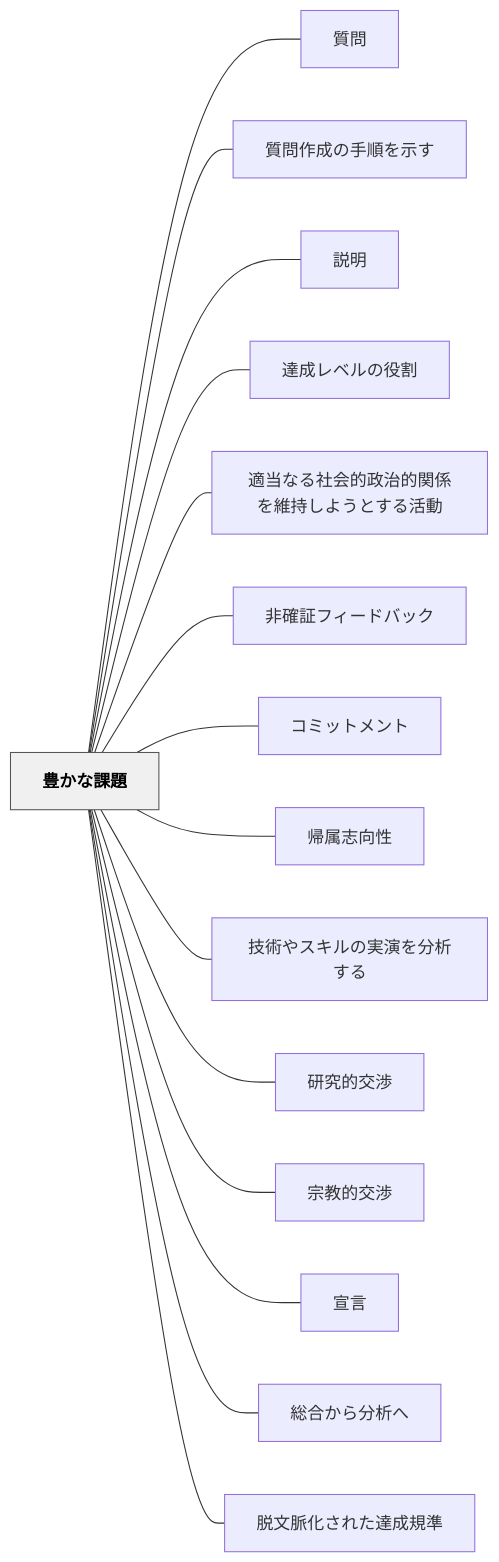
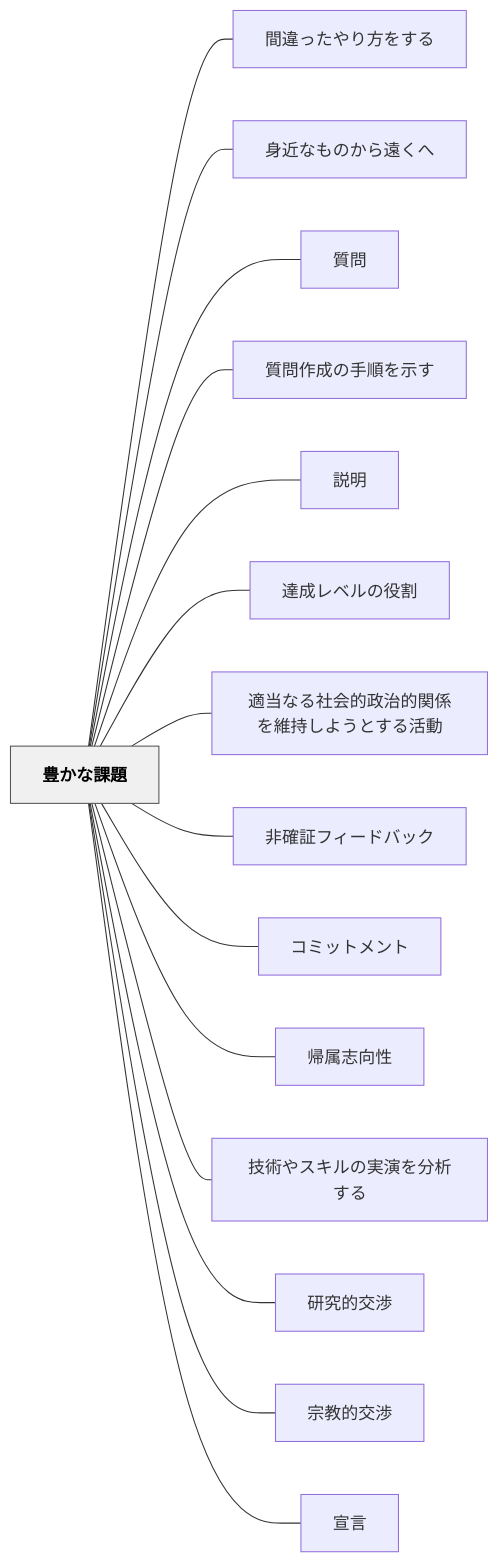
Before and after one commit to unknownthings-ed-patterns/unknownthings-ed-patterns: the diagram in content/パタン/豊かな課題.md, drawn with Mermaid. The commit also changed other lines of this file and 20 other files, not shown here.

````diff
--- a/content/パタン/豊かな課題.md
+++ b/content/パタン/豊かな課題.md
@@ -184,36 +186,36 @@
 ```mermaid
 flowchart LR
     ne8b18ae3818be381aae8aab2e9a18c["豊かな課題"]
+    ne99693e98195e381a3e3819fe38284e3828ae696b9e38292e38199e3828b["間違ったやり方をする"]
+    ne8baabe8bf91e381aae38282e381aee3818be38289e981a0e3818fe381b8["身近なものから遠くへ"]
     ne8b3aae5958f["質問"]
     ne8b3aae5958fe4bd9ce68890e381aee6898be9a086e38292e7a4bae38199["質問作成の手順を示す"]
     ne8aaace6988e["説明"]
     ne98194e68890e383ace38399e383abe381aee5bdb9e589b2["達成レベルの役割"]
     ne981a9e5bd93e381aae3828be7a4bee4bc9ae79a84e694bfe6b2bbe79a84e996a2e4bf82e38292e7b6ade68c81e38197e38288e38186e381a8e38199e3828be6b4bbe58b95["適当なる社会的政治的関係を維持しようとする活動"]
     ne99d9ee7a2bae8a8bce38395e382a3e383bce38389e38390e38383e382af["非確証フィードバック"]
     ne382b3e3839fe38383e38388e383a1e383b3e38388["コミットメント"]
     ne5b8b0e5b19ee5bf97e59091e680a7["帰属志向性"]
     ne68a80e8a193e38284e382b9e382ade383abe381aee5ae9fe6bc94e38292e58886e69e90e38199e3828b["技術やスキルの実演を分析する"]
     ne7a094e7a9b6e79a84e4baa4e6b889["研究的交渉"]
     ne5ae97e69599e79a84e4baa4e6b889["宗教的交渉"]
     ne5aea3e8a880["宣言"]
-    ne7b78fe59088e3818be38289e58886e69e90e381b8["総合から分析へ"]
-    ne884b1e69687e88488e58c96e38195e3828ce3819fe98194e68890e8a68fe6ba96["脱文脈化された達成規準"]
 
+    ne8b18ae3818be381aae8aab2e9a18c --- ne99693e98195e381a3e3819fe38284e3828ae696b9e38292e38199e3828b
+    ne8b18ae3818be381aae8aab2e9a18c --- ne8baabe8bf91e381aae38282e381aee3818be38289e981a0e3818fe381b8
     ne8b18ae3818be381aae8aab2e9a18c --- ne8b3aae5958f
     ne8b18ae3818be381aae8aab2e9a18c --- ne8b3aae5958fe4bd9ce68890e381aee6898be9a086e38292e7a4bae38199
     ne8b18ae3818be381aae8aab2e9a18c --- ne8aaace6988e
     ne8b18ae3818be381aae8aab2e9a18c --- ne98194e68890e383ace38399e383abe381aee5bdb9e589b2
     ne8b18ae3818be381aae8aab2e9a18c --- ne981a9e5bd93e381aae3828be7a4bee4bc9ae79a84e694bfe6b2bbe79a84e996a2e4bf82e38292e7b6ade68c81e38197e38288e38186e381a8e38199e3828be6b4bbe58b95
     ne8b18ae3818be381aae8aab2e9a18c --- ne99d9ee7a2bae8a8bce38395e382a3e383bce38389e38390e38383e382af
     ne8b18ae3818be381aae8aab2e9a18c --- ne382b3e3839fe38383e38388e383a1e383b3e38388
     ne8b18ae3818be381aae8aab2e9a18c --- ne5b8b0e5b19ee5bf97e59091e680a7
     ne8b18ae3818be381aae8aab2e9a18c --- ne68a80e8a193e38284e382b9e382ade383abe381aee5ae9fe6bc94e38292e58886e69e90e38199e3828b
     ne8b18ae3818be381aae8aab2e9a18c --- ne7a094e7a9b6e79a84e4baa4e6b889
     ne8b18ae3818be381aae8aab2e9a18c --- ne5ae97e69599e79a84e4baa4e6b889
     ne8b18ae3818be381aae8aab2e9a18c --- ne5aea3e8a880
-    ne8b18ae3818be381aae8aab2e9a18c --- ne7b78fe59088e3818be38289e58886e69e90e381b8
-    ne8b18ae3818be381aae8aab2e9a18c --- ne884b1e69687e88488e58c96e38195e3828ce3819fe98194e68890e8a68fe6ba96
 
     classDef hub fill:#f0f0f0,stroke:#555,color:#000,font-weight:bold
     class ne8b18ae3818be381aae8aab2e9a18c hub
 ```
````
